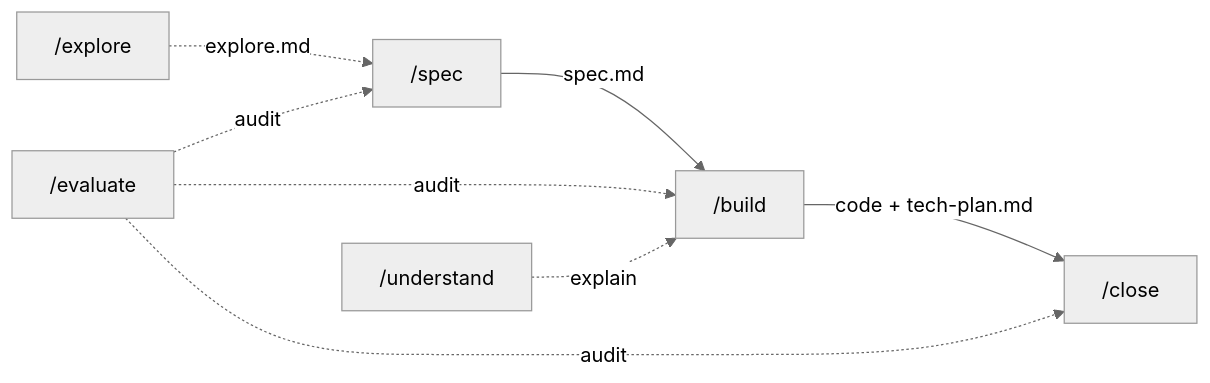
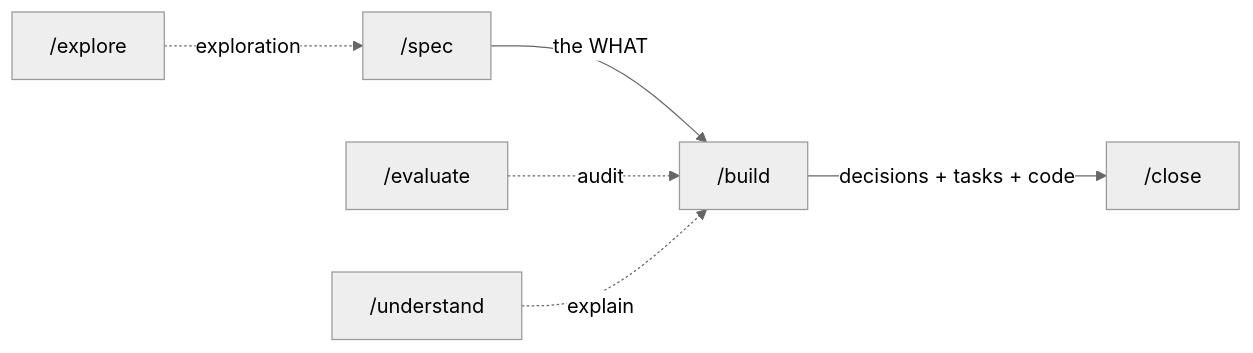
The diagram in README.md (juanwmedia/craft), drawn with Mermaid (neutral theme) before and after one commit. The commit also changed other lines of this file and 12 other files, not shown here.

````diff
--- a/README.md
+++ b/README.md
@@ -5,10 +25,8 @@
 ```mermaid
 graph LR
-    X["/explore"] -.->|explore.md| S["/spec"]
-    S -->|spec.md| B["/build"]
-    B -->|code + tech-plan.md| C["/close"]
-    E["/evaluate"] -.->|audit| S
-    E -.->|audit| B
-    E -.->|audit| C
+    X["/explore"] -.->|exploration| S["/spec"]
+    S -->|the WHAT| B["/build"]
+    B -->|decisions + tasks + code| C["/close"]
+    E["/evaluate"] -.->|audit| B
     U["/understand"] -.->|explain| B
 ```
````
